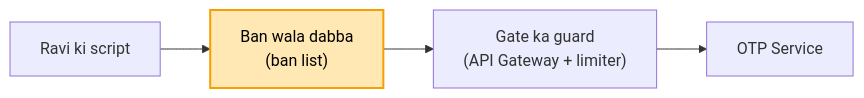
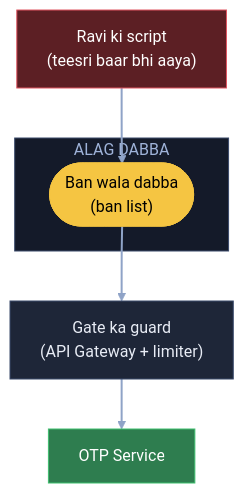
The sixth of 9 diagrams in 04_HLD/SYSTEM_DESIGNS/02_rate_limiter/02_rate_limiter.md (ArpanMaheshwari144/Prep), drawn with Mermaid before and after one commit. The commit also changed other lines of this file, not shown here.

Commit message:
Rate limiter: 9 diagram YouTube (reel) wale card andaaz me

````diff
--- a/04_HLD/SYSTEM_DESIGNS/02_rate_limiter/02_rate_limiter.md
+++ b/04_HLD/SYSTEM_DESIGNS/02_rate_limiter/02_rate_limiter.md
@@ -140,7 +203,18 @@
 ```mermaid
-flowchart LR
-    U["Ravi ki script"] --> B["Ban wala dabba<br/>(ban list)"]
-    B --> G["Gate ka guard<br/>(API Gateway + limiter)"]
-    G --> O["OTP Service"]
-    style B fill:#ffe8b3,stroke:#f59f00,stroke-width:2px,color:#000
+flowchart TB
+    U["Ravi ki script<br/>(teesri baar bhi aaya)"]:::bad
+    subgraph BN["ALAG DABBA"]
+        B(["Ban wala dabba<br/>(ban list)"]):::pill
+    end
+    G["Gate ka guard<br/>(API Gateway + limiter)"]:::card
+    O["OTP Service"]:::good
+    U --> B
+    B --> G
+    G --> O
+    linkStyle default stroke:#8fa3c7,stroke-width:2px
+    classDef card fill:#1e2638,stroke:#3a4a6b,color:#e8ecf5
+    classDef pill fill:#f5c542,stroke:#f5c542,color:#000
+    classDef good fill:#2e7d4f,stroke:#3fbf6f,color:#fff
+    classDef bad fill:#5c1f24,stroke:#e05561,color:#fff
+    style BN fill:#141a29,stroke:#3a4a6b,color:#9fb3d9
 ```
````
